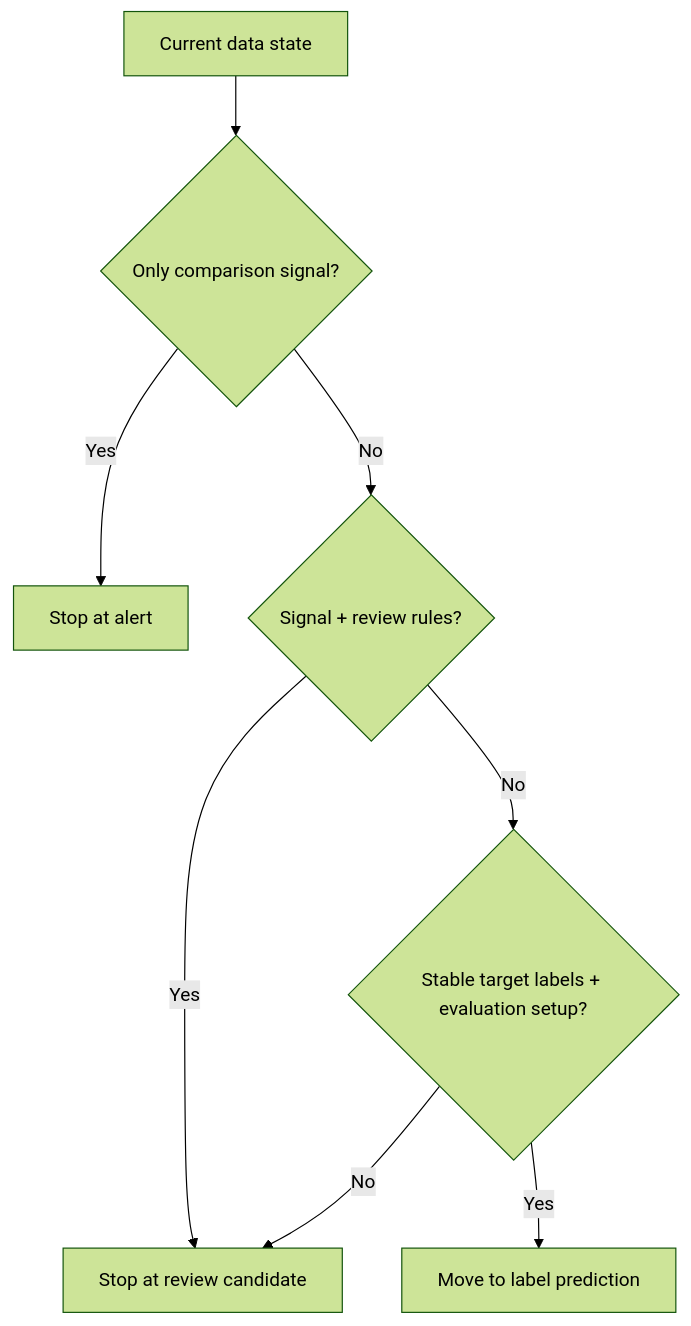
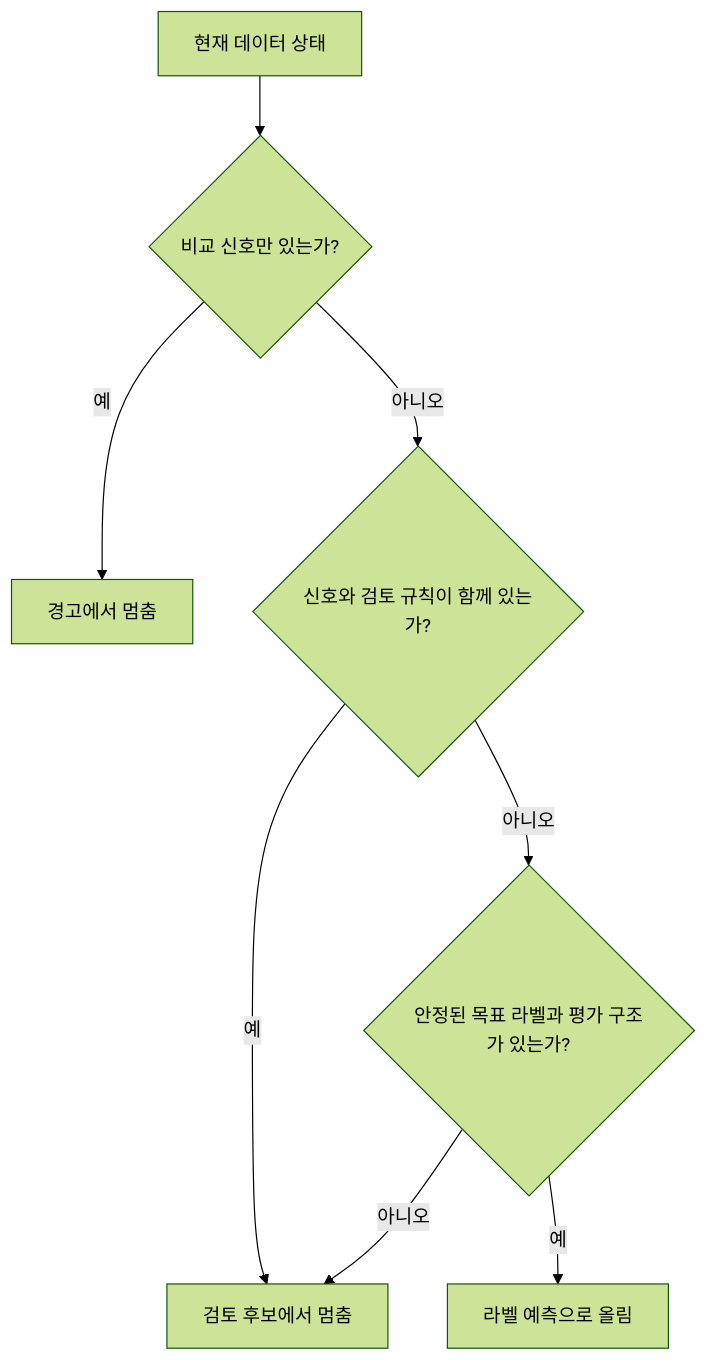
The diagram in docs/parts/part-03/chapter-09/section-01.md (devchan64/AiBook), drawn with Mermaid (forest theme) before and after one commit. The commit also changed 45 other files, not shown here.

Commit message:
docs: localize part 3 mermaid diagrams

````diff
--- a/docs/parts/part-03/chapter-09/section-01.md
+++ b/docs/parts/part-03/chapter-09/section-01.md
@@ -56,11 +56,11 @@
 ```mermaid
 flowchart TD
-    A[Current data state]
-    A --> B{Only comparison signal?}
-    B -->|Yes| C[Stop at alert]
-    B -->|No| D{Signal + review rules?}
-    D -->|Yes| E[Stop at review candidate]
-    D -->|No| F{Stable target labels + evaluation setup?}
-    F -->|Yes| G[Move to label prediction]
-    F -->|No| E
+    A[현재 데이터 상태]
+    A --> B{비교 신호만 있는가?}
+    B -->|예| C[경고에서 멈춤]
+    B -->|아니오| D{신호와 검토 규칙이 함께 있는가?}
+    D -->|예| E[검토 후보에서 멈춤]
+    D -->|아니오| F{안정된 목표 라벨과 평가 구조가 있는가?}
+    F -->|예| G[라벨 예측으로 올림]
+    F -->|아니오| E
 ```
````
